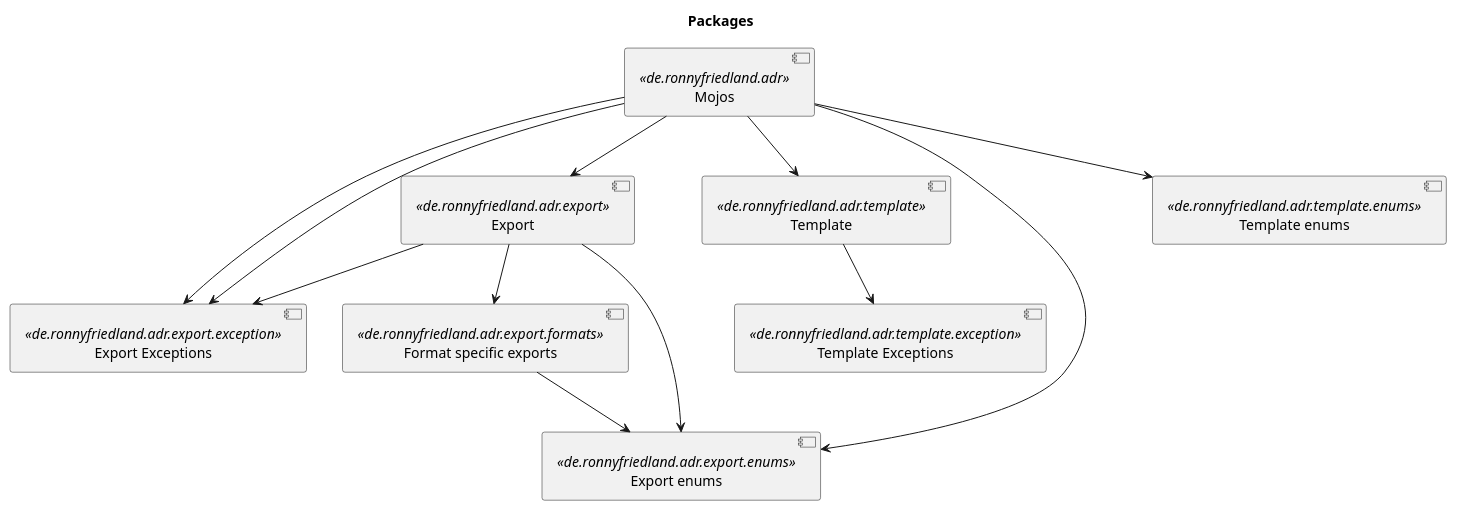
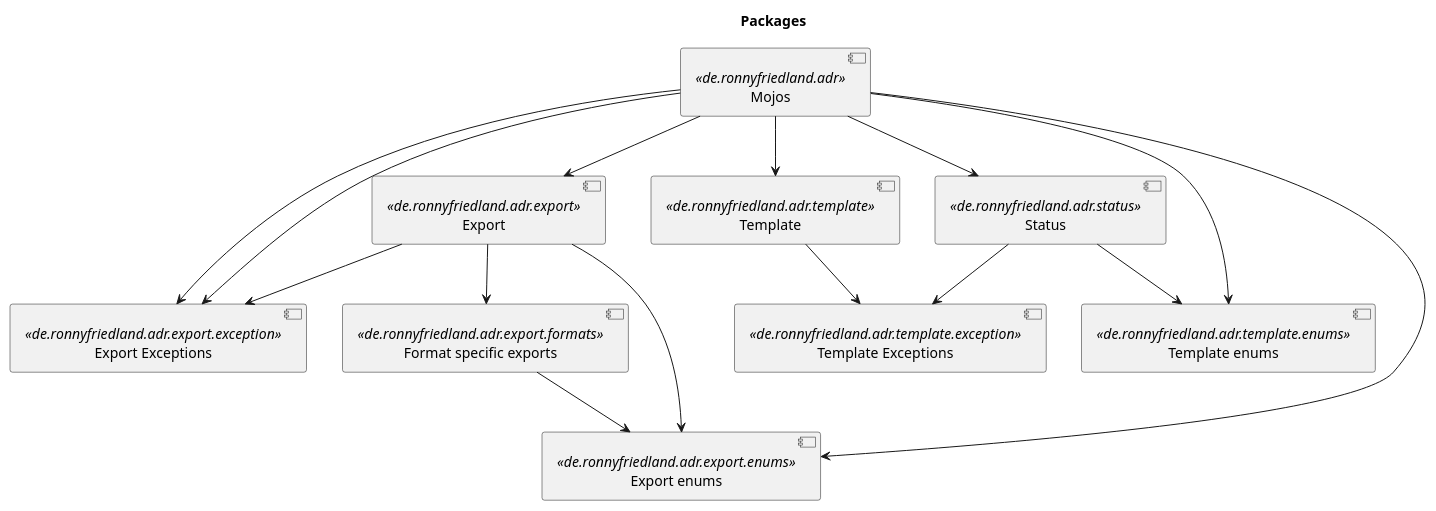
One commit to ronnyfriedland/adr-maven-plugin changed the diagram in adr-maven-plugin/src/main/resources/packages.puml. Above: the diagram before and after it, drawn with PlantUML. The commit also changed 12 other files, not shown here.

```diff
--- a/adr-maven-plugin/src/main/resources/packages.puml
+++ b/adr-maven-plugin/src/main/resources/packages.puml
@@ -1,26 +1,30 @@
 @startuml
 
 title Packages
 
 [Mojos] <<de.ronnyfriedland.adr>> as mojos
 [Export] <<de.ronnyfriedland.adr.export>> as export
 [Export Exceptions] <<de.ronnyfriedland.adr.export.exception>> as export_exceptions
 [Format specific exports] <<de.ronnyfriedland.adr.export.formats>> as export_formats
 [Template] <<de.ronnyfriedland.adr.template>> as template
 [Template Exceptions] <<de.ronnyfriedland.adr.template.exception>> as template_exceptions
+[Status] <<de.ronnyfriedland.adr.status>> as status
 [Export enums] <<de.ronnyfriedland.adr.export.enums>> as export_enums
 [Template enums] <<de.ronnyfriedland.adr.template.enums>> as template_enums
 
 mojos --> template
 mojos --> export_exceptions
 mojos --> template_enums
 mojos --> export
 mojos --> export_exceptions
 mojos --> export_enums
+mojos --> status
 export --> export_exceptions
 export --> export_enums
 export --> export_formats
 export_formats --> export_enums
 template --> template_exceptions
+status --> template_enums
+status --> template_exceptions
 
 @enduml
```
